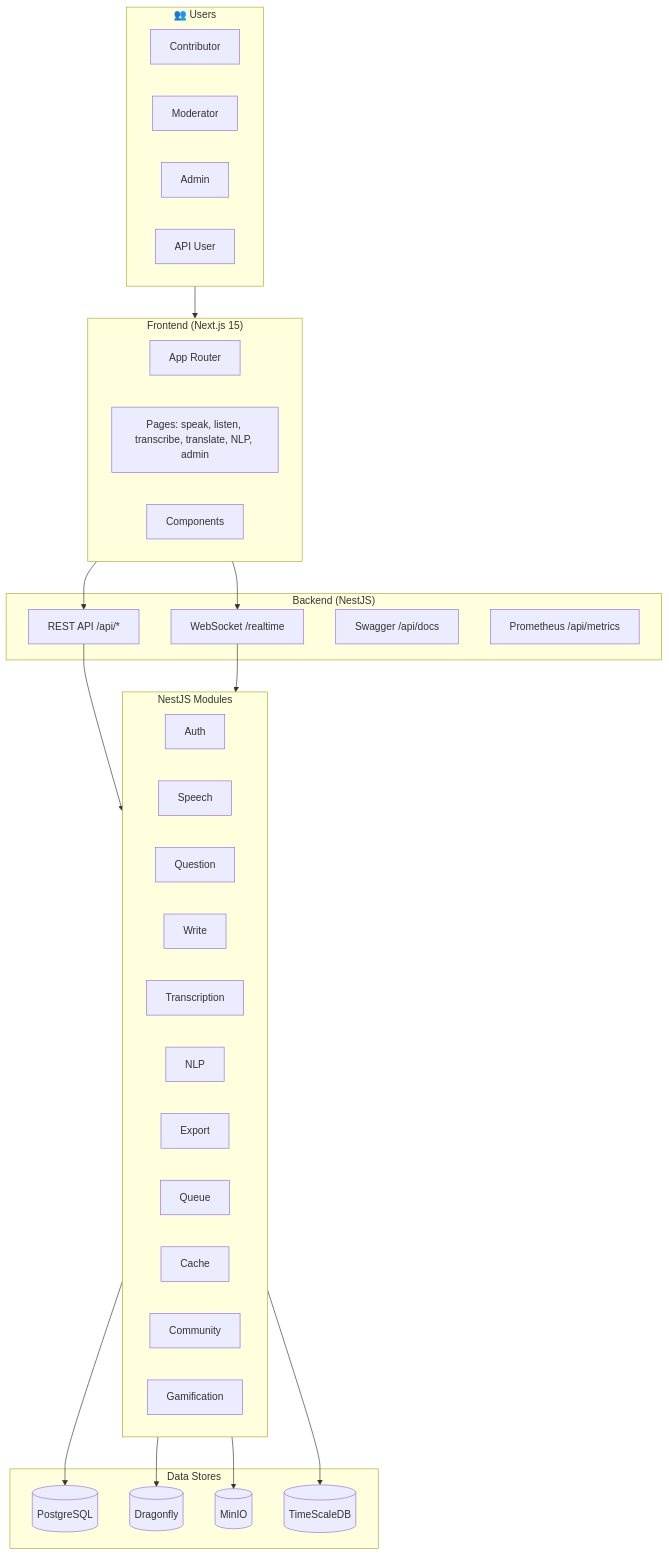
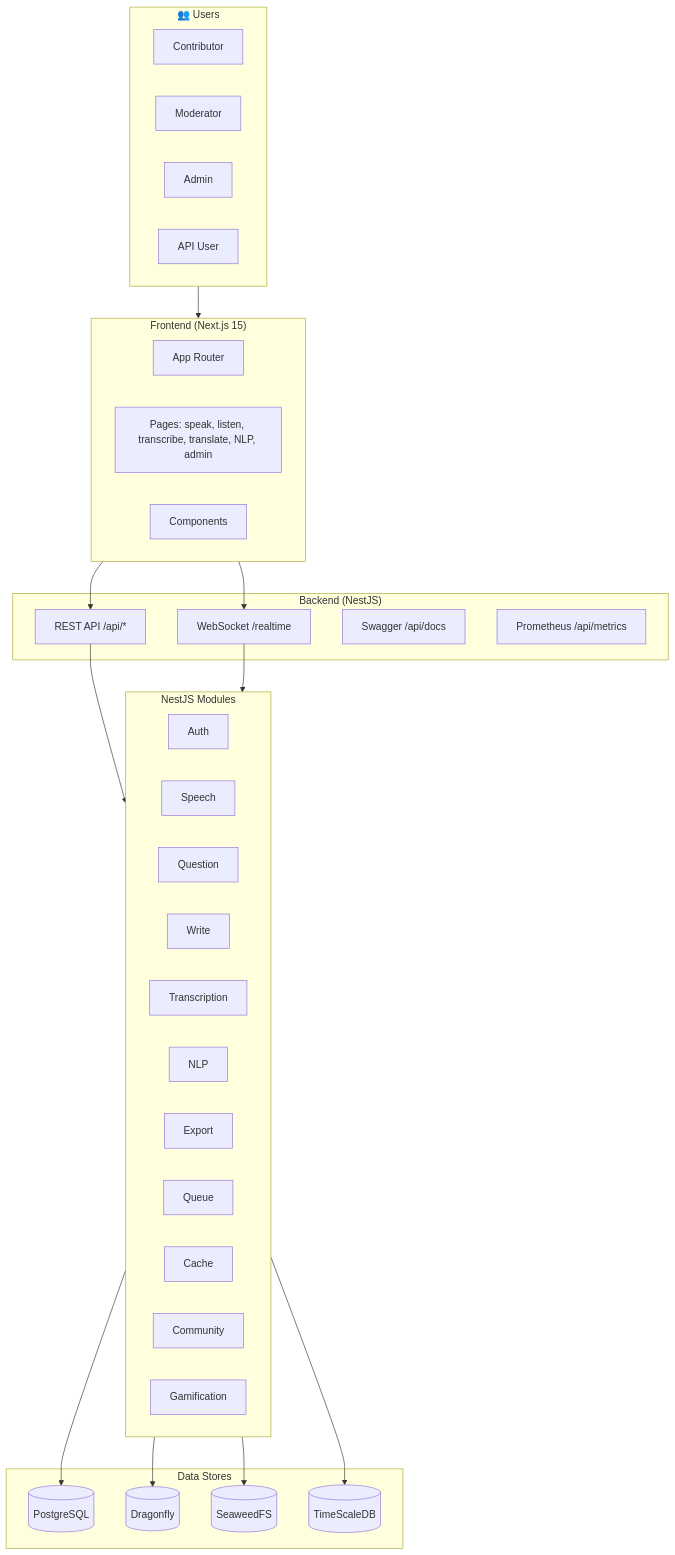
One commit to ai4lril/ai4lril.github.io changed the first of 5 diagrams in Architecture.md. Above: the diagram before and after it, drawn with Mermaid. The commit also changed other lines of this file and 28 other files, not shown here.

````diff
--- a/Architecture.md
+++ b/Architecture.md
@@ -77,54 +77,54 @@
 ```mermaid
 flowchart TB
     subgraph Users["👥 Users"]
         Contributor[Contributor]
         Moderator[Moderator]
         Admin[Admin]
         APIUser[API User]
     end
 
     subgraph Frontend["Frontend (Next.js 15)"]
         App[App Router]
         Pages[Pages: speak, listen, transcribe, translate, NLP, admin]
         Components[Components]
     end
 
     subgraph Backend["Backend (NestJS)"]
         API[REST API /api/*]
         WS[WebSocket /realtime]
         Swagger[Swagger /api/docs]
         Metrics[Prometheus /api/metrics]
     end
 
     subgraph Modules["NestJS Modules"]
         Auth[Auth]
         Speech[Speech]
         Question[Question]
         Write[Write]
         Transcription[Transcription]
         NLP[NLP]
         Admin[Admin]
         Export[Export]
         Queue[Queue]
         Cache[Cache]
         Community[Community]
         Gamification[Gamification]
     end
 
     subgraph Data["Data Stores"]
         PG[(PostgreSQL)]
         DF[(Dragonfly)]
-        MinIO[(MinIO)]
+        SeaweedFS[(SeaweedFS)]
         TS[(TimeScaleDB)]
     end
 
     Users --> Frontend
     Frontend --> API
     Frontend --> WS
     API --> Modules
     WS --> Modules
     Modules --> PG
     Modules --> DF
-    Modules --> MinIO
+    Modules --> SeaweedFS
     Modules --> TS
 ```
````
